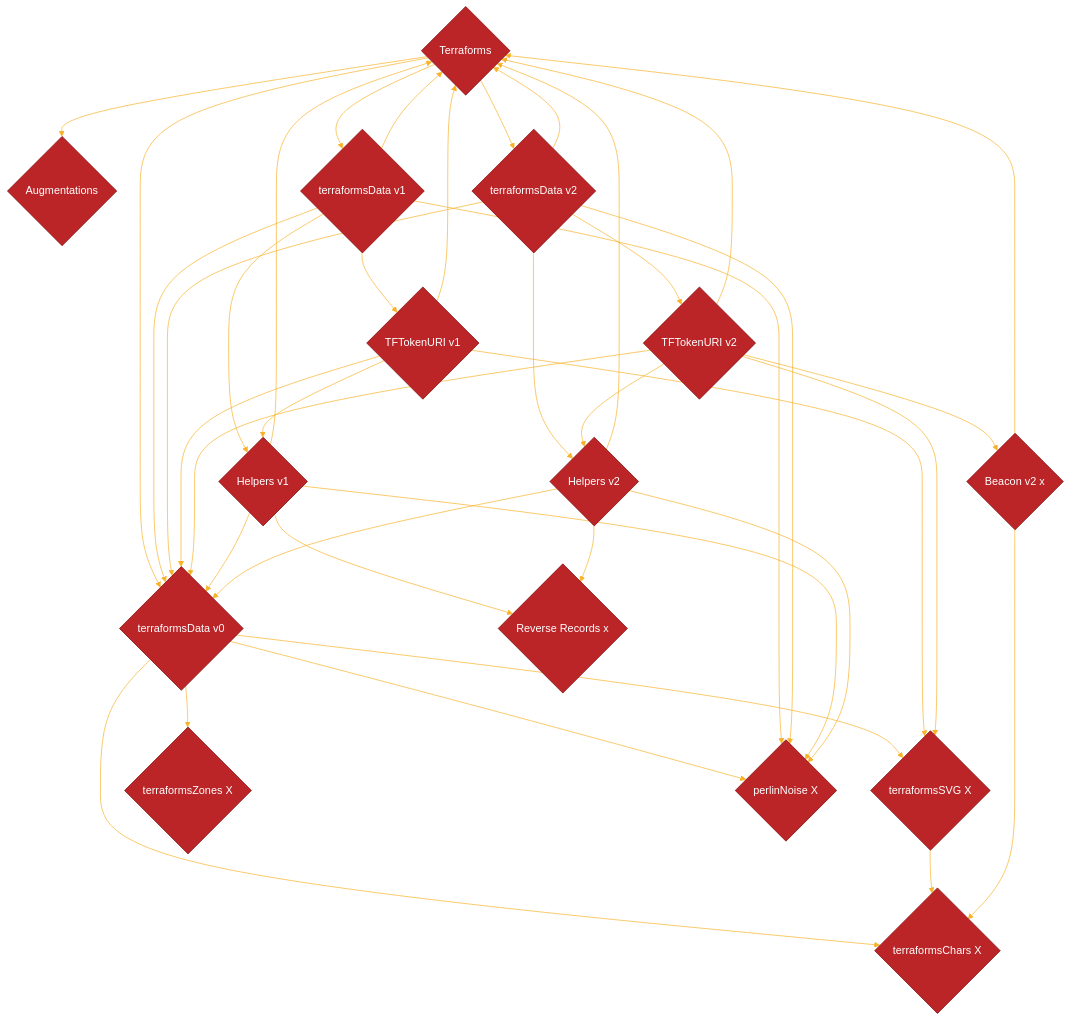
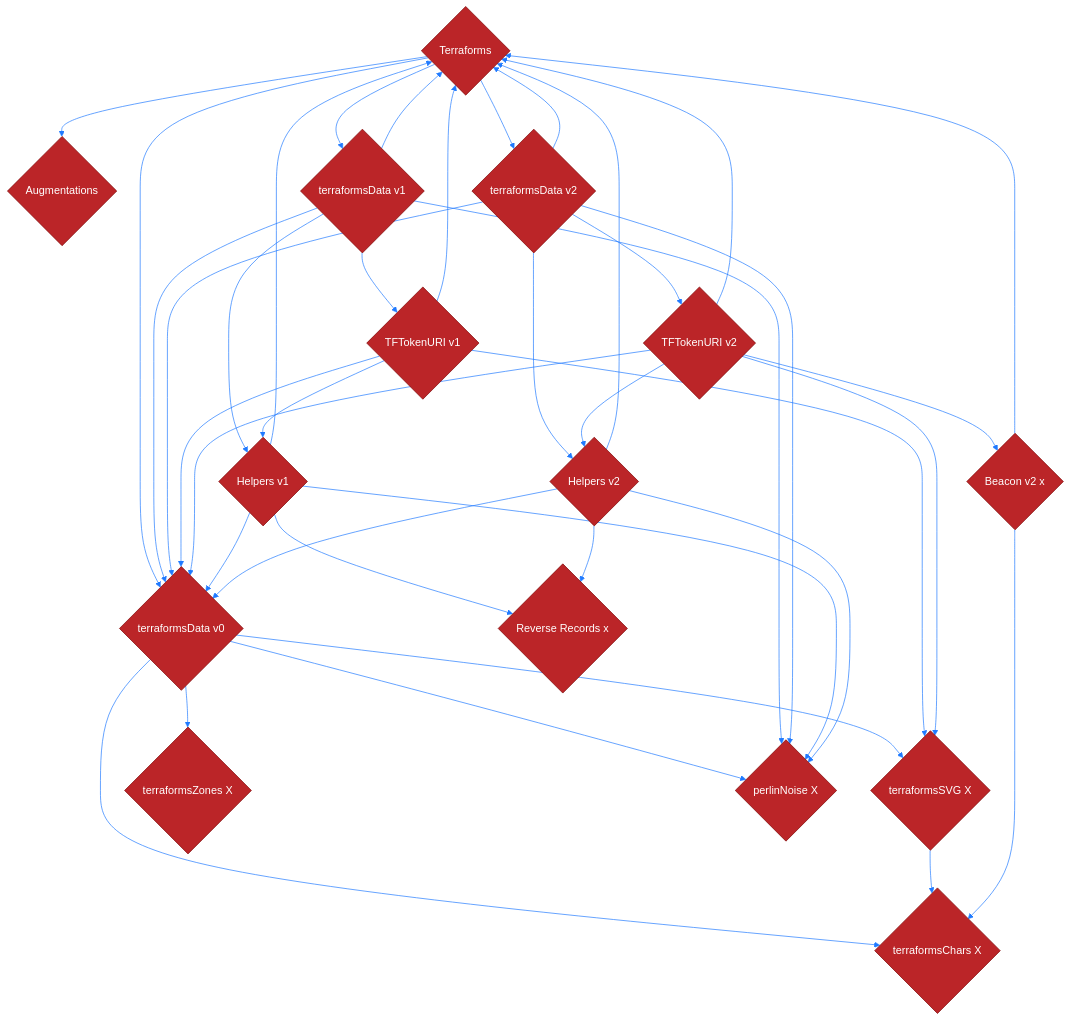
Before and after one commit to thebadcc/terraform-docs: the first of 2 diagrams in contracts/Terraforms.md, drawn with Mermaid.

````diff
--- a/contracts/Terraforms.md
+++ b/contracts/Terraforms.md
@@ -20,54 +20,54 @@
 ```mermaid
 %%{
   init: {
     'theme': 'base',
     'themeVariables': {
       'primaryColor': '#BB2528',
       'primaryTextColor': '#fff',
       'primaryBorderColor': '#7C0000',
-      'lineColor': '#F8B229',
+      'lineColor': '#1f7aff',
       'secondaryColor': '#006100',
       'tertiaryColor': '#fff'
     }
   }
 }%%
 graph TD
     A{Terraforms} --> B{Augmentations}
     A --> C{terraformsData v0}
     A --> D{terraformsData v1}
     A --> E{terraformsData v2}
     C --> F{terraformsSVG X}
     C --> G{terraformsChars X}
     C --> H{terraformsZones X}
     C --> I{perlinNoise X}
     D --> J{TFTokenURI v1}
     D --> K{Helpers v1}
     E --> L{TFTokenURI v2}
     E --> M{Helpers v2}
     F --> G
     L --> N{Beacon v2 x}
     D --> A
     D --> I
     D --> C
     E --> A
     E --> I
     E --> C
     J --> C
     J --> A
     J --> K
     J --> F
     L --> C
     L --> A
     L --> M
     L --> F
     K --> A
     K --> C
     K --> I
     K --> O{Reverse Records x}
     M --> A
     M --> C
     M --> I
     M --> O
     N --> G
     N --> A
 ```
````
